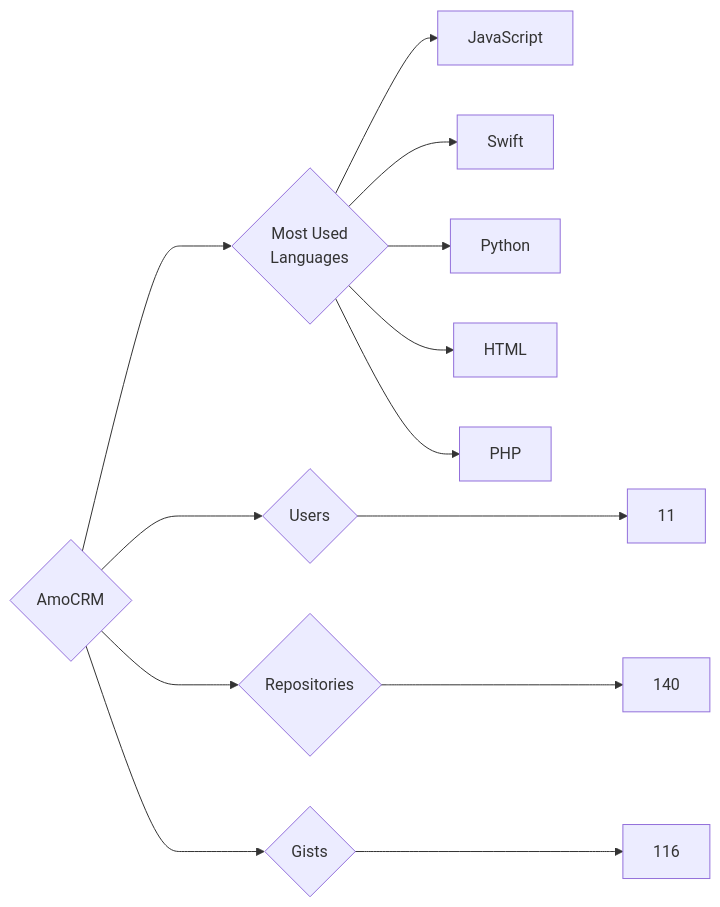
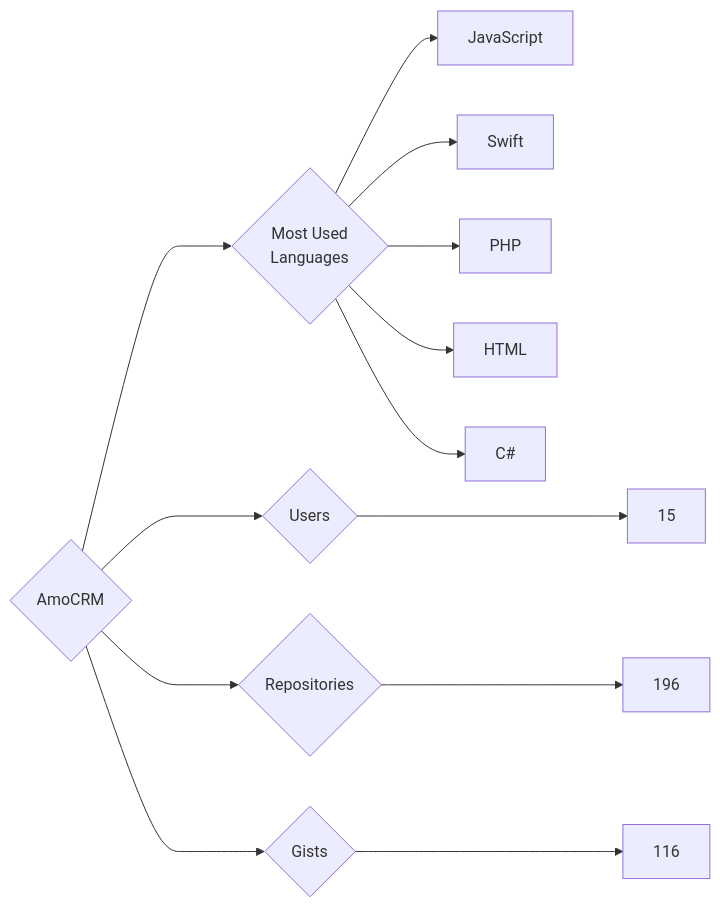
One commit to trickest/insiders changed the diagram in targets/AmoCRM/README.md. Above: the diagram before and after it, drawn with Mermaid. The commit also changed 750 other files, not shown here.

````diff
--- a/targets/AmoCRM/README.md
+++ b/targets/AmoCRM/README.md
@@ -3,13 +3,13 @@
 ```mermaid
 graph LR
 COMPANY_NAME{AmoCRM}
-COMPANY_NAME ---> U{Users} ---> UN[11]
-COMPANY_NAME ---> R{Repositories} ---> RN[140]
+COMPANY_NAME ---> U{Users} ---> UN[15]
+COMPANY_NAME ---> R{Repositories} ---> RN[196]
 COMPANY_NAME ---> G{Gists} ---> GN[116]
 COMPANY_NAME ---> ML{Most Used<br>Languages}
 ML --> JavaScript[JavaScript]
 ML --> Swift[Swift]
-ML --> Python[Python]
+ML --> PHP[PHP]
 ML --> HTML[HTML]
-ML --> PHP[PHP]
+ML --> C#[C#]
 ```
````
